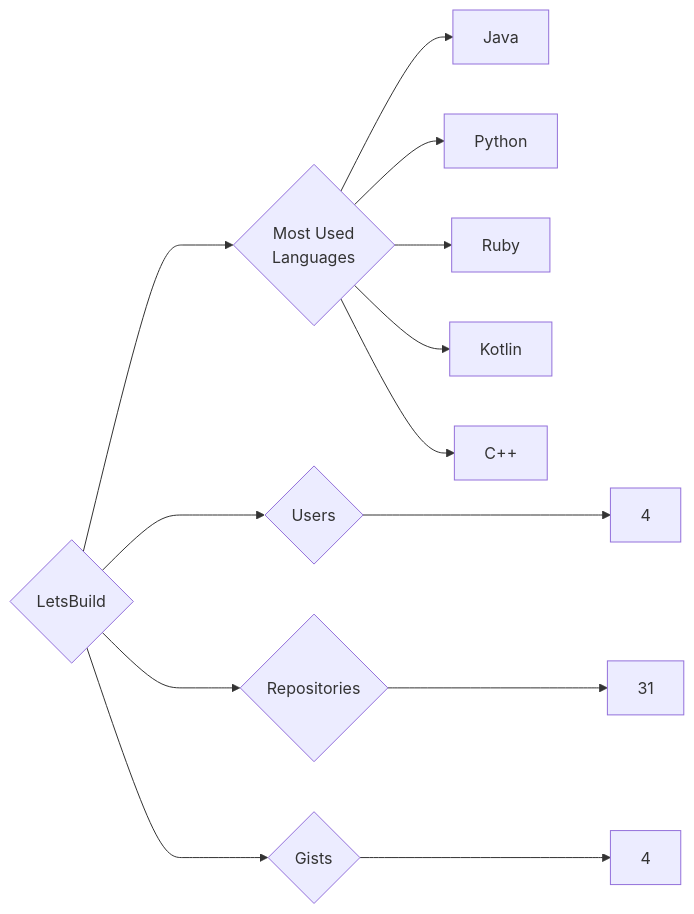
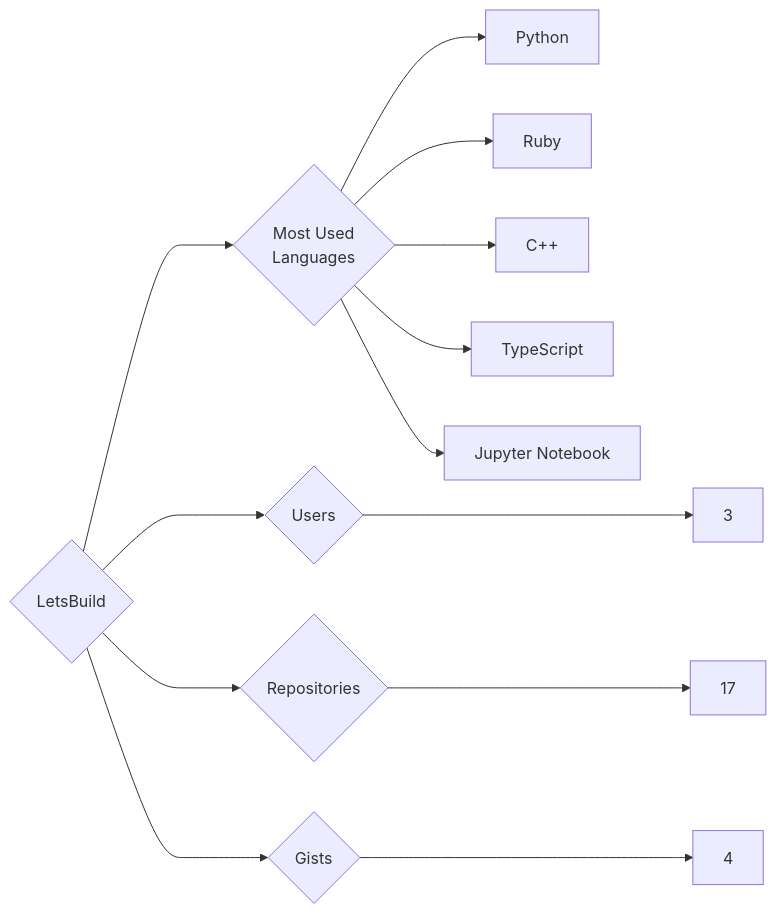
The diagram in targets/LetsBuild/README.md (trickest/insiders), drawn with Mermaid before and after one commit. The commit also changed 872 other files, not shown here.

````diff
--- a/targets/LetsBuild/README.md
+++ b/targets/LetsBuild/README.md
@@ -3,13 +3,13 @@
 ```mermaid
 graph LR
 COMPANY_NAME{LetsBuild}
-COMPANY_NAME ---> U{Users} ---> UN[4]
-COMPANY_NAME ---> R{Repositories} ---> RN[31]
+COMPANY_NAME ---> U{Users} ---> UN[3]
+COMPANY_NAME ---> R{Repositories} ---> RN[17]
 COMPANY_NAME ---> G{Gists} ---> GN[4]
 COMPANY_NAME ---> ML{Most Used<br>Languages}
-ML --> Java[Java]
 ML --> Python[Python]
 ML --> Ruby[Ruby]
-ML --> Kotlin[Kotlin]
 ML --> C++[C++]
+ML --> TypeScript[TypeScript]
+ML --> Jupyter_Notebook[Jupyter Notebook]
 ```
````
